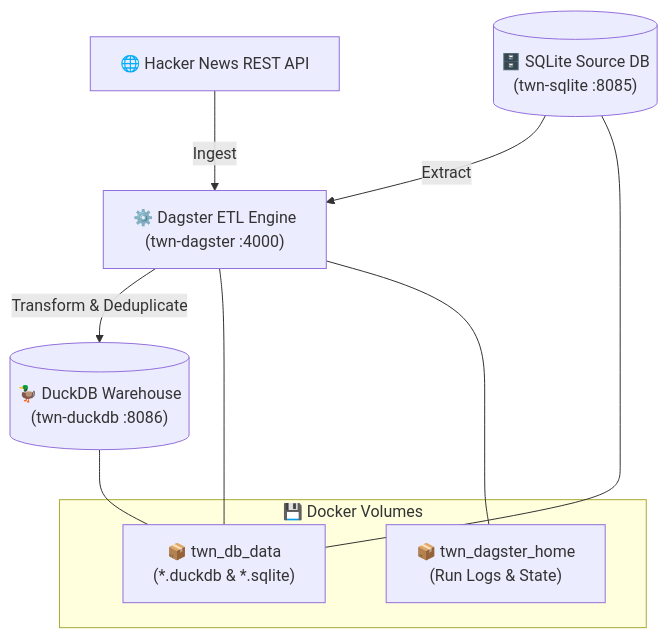
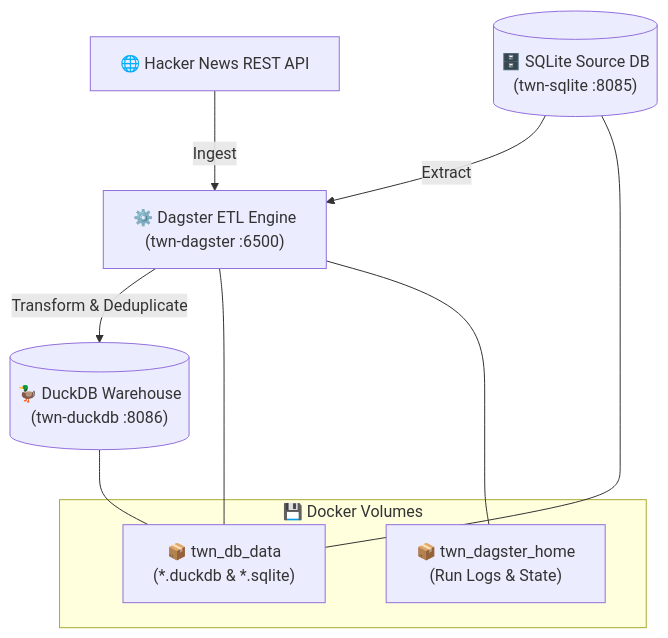
Before and after one commit to md-danish-ai/tech-world-news-dagster-etl-pipeline: the diagram in README.md, drawn with Mermaid. The commit also changed other lines of this file and 3 other files, not shown here.

````diff
--- a/README.md
+++ b/README.md
@@ -11,16 +11,16 @@
 ```mermaid
 graph TD
-    API["🌐 Hacker News REST API"] -->|Ingest| DAGSTER["⚙️ Dagster ETL Engine<br/>(twn-dagster :4000)"]
+    API["🌐 Hacker News REST API"] -->|Ingest| DAGSTER["⚙️ Dagster ETL Engine<br/>(twn-dagster :6500)"]
     SQLITE_DB[("🗄️ SQLite Source DB<br/>(twn-sqlite :8085)")] -->|Extract| DAGSTER
     DAGSTER -->|Transform & Deduplicate| DUCK_DB[("🦆 DuckDB Warehouse<br/>(twn-duckdb :8086)")]
     
     subgraph Persistent Storage ["💾 Docker Volumes"]
         VOL_DATA["📦 twn_db_data<br/>(*.duckdb & *.sqlite)"]
         VOL_DAGSTER["📦 twn_dagster_home<br/>(Run Logs & State)"]
     end
 
     DAGSTER --- VOL_DATA
     SQLITE_DB --- VOL_DATA
     DUCK_DB --- VOL_DATA
     DAGSTER --- VOL_DAGSTER
 ```
````
